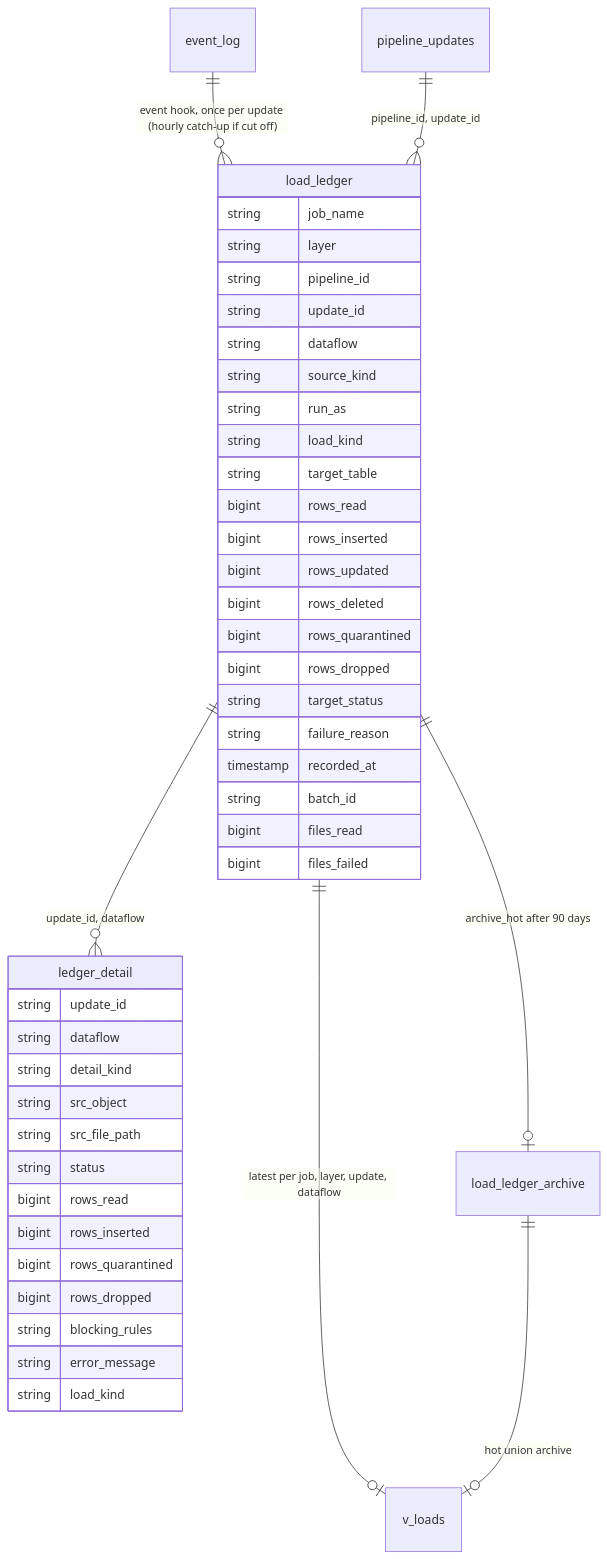
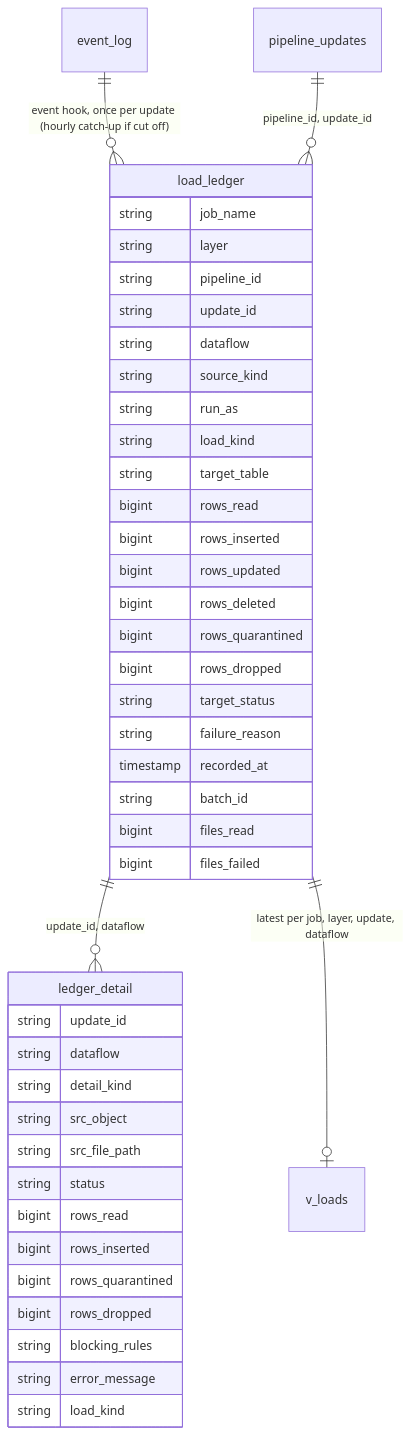
One commit to NitinKeshavB/framework changed the eighth of 9 diagrams in framework_docs/ARCHITECTURE.md. Above: the diagram before and after it, drawn with Mermaid. The commit also changed other lines of this file and 7 other files, not shown here.

````diff
--- a/framework_docs/ARCHITECTURE.md
+++ b/framework_docs/ARCHITECTURE.md
@@ -347,47 +347,45 @@
 ```mermaid
 erDiagram
   event_log ||--o{ load_ledger : "event hook, once per update (hourly catch-up if cut off)"
   load_ledger ||--o{ ledger_detail : "update_id, dataflow"
   load_ledger ||--o| v_loads : "latest per job, layer, update, dataflow"
-  load_ledger ||--o| load_ledger_archive : "archive_hot after 90 days"
-  load_ledger_archive ||--o| v_loads : "hot union archive"
   pipeline_updates ||--o{ load_ledger : "pipeline_id, update_id"
   load_ledger {
     string job_name
     string layer
     string pipeline_id
     string update_id
     string dataflow
     string source_kind
     string run_as
     string load_kind
     string target_table
     bigint rows_read
     bigint rows_inserted
     bigint rows_updated
     bigint rows_deleted
     bigint rows_quarantined
     bigint rows_dropped
     string target_status
     string failure_reason
     timestamp recorded_at
     string batch_id
     bigint files_read
     bigint files_failed
   }
   ledger_detail {
     string update_id
     string dataflow
     string detail_kind
     string src_object
     string src_file_path
     string status
     bigint rows_read
     bigint rows_inserted
     bigint rows_quarantined
     bigint rows_dropped
     string blocking_rules
     string error_message
     string load_kind
   }
 ```
````
